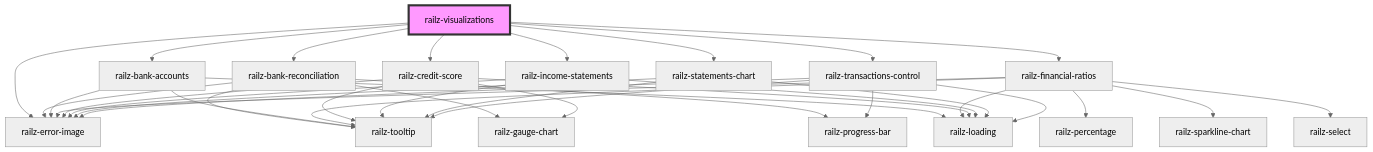
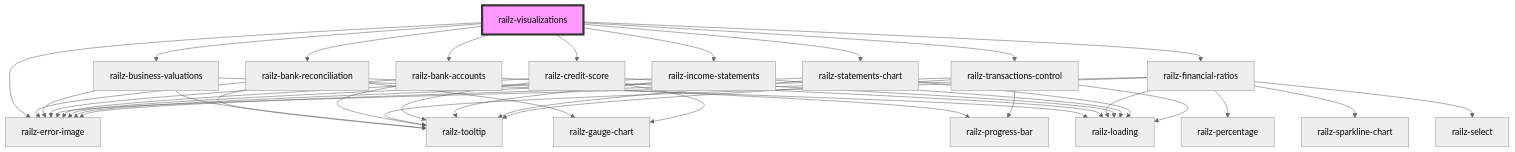
The diagram in packages/components/src/elements/core/readme.md (railz-ai/railz-visualizations), drawn with Mermaid (neutral theme) before and after one commit. The commit also changed other lines of this file and 5 other files, not shown here.

Commit message:
fix: business valuations errors & all filter

````diff
--- a/packages/components/src/elements/core/readme.md
+++ b/packages/components/src/elements/core/readme.md
@@ -28,39 +29,43 @@
 ```mermaid
 graph TD;
   railz-visualizations --> railz-error-image
   railz-visualizations --> railz-bank-reconciliation
+  railz-visualizations --> railz-business-valuations
   railz-visualizations --> railz-bank-accounts
   railz-visualizations --> railz-financial-ratios
   railz-visualizations --> railz-credit-score
   railz-visualizations --> railz-income-statements
   railz-visualizations --> railz-statements-chart
   railz-visualizations --> railz-transactions-control
   railz-bank-reconciliation --> railz-error-image
   railz-bank-reconciliation --> railz-tooltip
   railz-bank-reconciliation --> railz-gauge-chart
   railz-bank-reconciliation --> railz-progress-bar
+  railz-business-valuations --> railz-tooltip
+  railz-business-valuations --> railz-error-image
+  railz-business-valuations --> railz-loading
   railz-bank-accounts --> railz-error-image
   railz-bank-accounts --> railz-loading
   railz-bank-accounts --> railz-tooltip
   railz-financial-ratios --> railz-error-image
   railz-financial-ratios --> railz-loading
   railz-financial-ratios --> railz-tooltip
   railz-financial-ratios --> railz-percentage
   railz-financial-ratios --> railz-sparkline-chart
   railz-financial-ratios --> railz-select
   railz-credit-score --> railz-error-image
   railz-credit-score --> railz-loading
   railz-credit-score --> railz-gauge-chart
   railz-credit-score --> railz-tooltip
   railz-income-statements --> railz-error-image
   railz-income-statements --> railz-loading
   railz-income-statements --> railz-tooltip
   railz-statements-chart --> railz-error-image
   railz-statements-chart --> railz-loading
   railz-statements-chart --> railz-tooltip
   railz-transactions-control --> railz-error-image
   railz-transactions-control --> railz-loading
   railz-transactions-control --> railz-progress-bar
   railz-transactions-control --> railz-tooltip
   style railz-visualizations fill:#f9f,stroke:#333,stroke-width:4px
 ```
````
